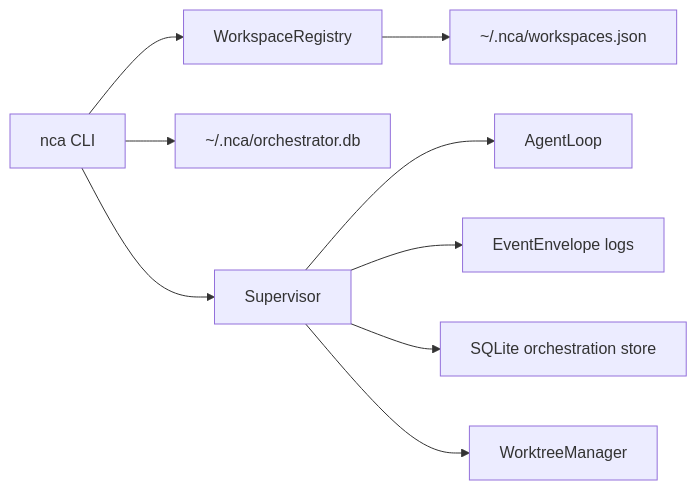
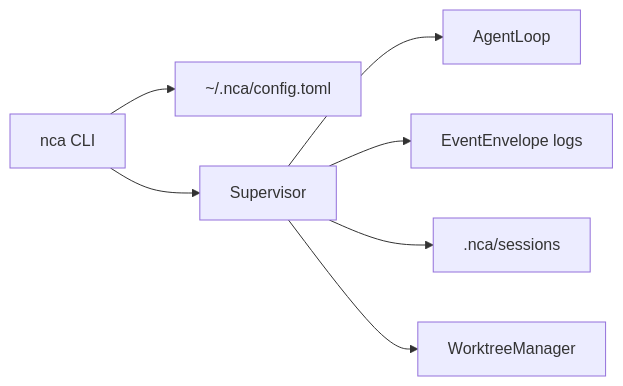
One commit to alexthotse/native-cli-ai changed the second of 5 diagrams in docs/architecture.md. Above: the diagram before and after it, drawn with Mermaid. The commit also changed other lines of this file and 21 other files, not shown here.

First line of the commit message:
Refactor CLI and remove orchestration-related components

````diff
--- a/docs/architecture.md
+++ b/docs/architecture.md
@@ -106,11 +106,9 @@
 ```mermaid
 flowchart LR
-  Cli[nca CLI] --> WorkspaceRegistry
-  Cli --> OrchestratorDb["~/.nca/orchestrator.db"]
+  Cli[nca CLI] --> Config["~/.nca/config.toml"]
   Cli --> RuntimeService[Supervisor]
   RuntimeService --> AgentRuns[AgentLoop]
-  RuntimeService --> EventStore[EventEnvelope logs]
-  RuntimeService --> OrchestratorStore[SQLite orchestration store]
+  RuntimeService --> EventStore["EventEnvelope logs"]
+  RuntimeService --> SessionFiles[".nca/sessions"]
   RuntimeService --> WorktreeManager
-  WorkspaceRegistry --> LocalMetadata["~/.nca/workspaces.json"]
 ```
````
